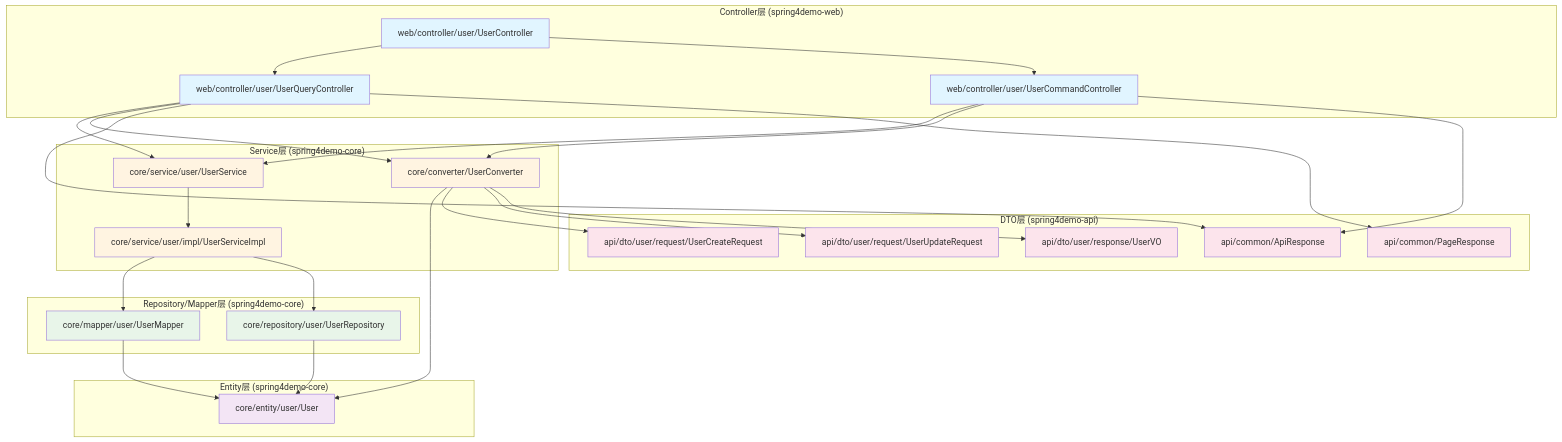
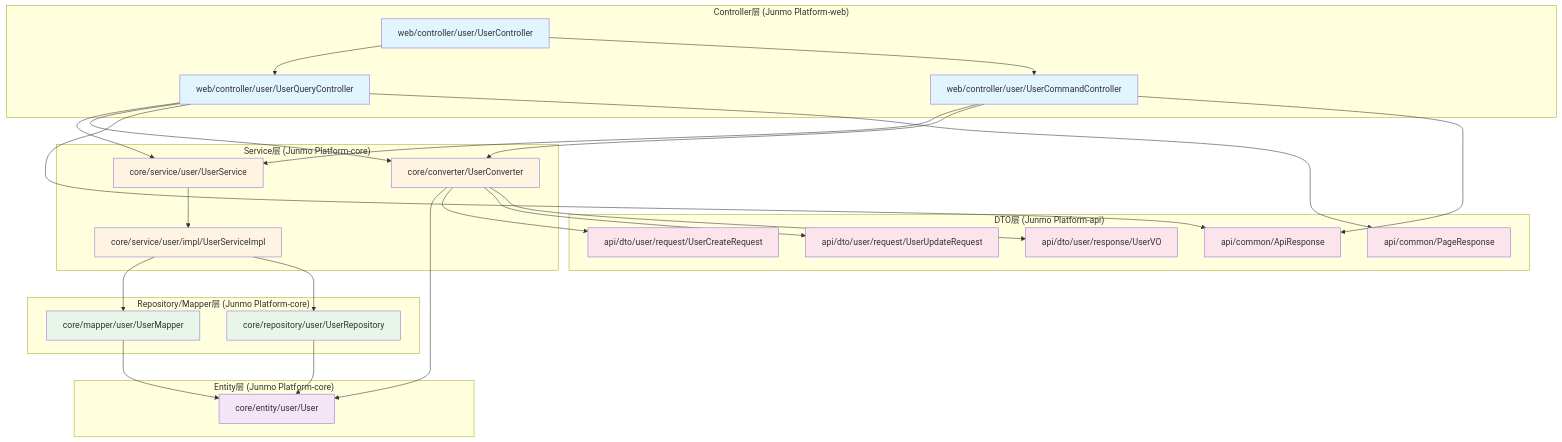
Before and after one commit to ylzyd12345/springboot-study: the first of 3 diagrams in docs/07-分析报告/THREE_LAYER_ARCHITECTURE_ANALYSIS.md, drawn with Mermaid. The commit also changed other lines of this file and 63 other files, not shown here.

Commit message:
spring4demo

````diff
--- a/docs/07-分析报告/THREE_LAYER_ARCHITECTURE_ANALYSIS.md
+++ b/docs/07-分析报告/THREE_LAYER_ARCHITECTURE_ANALYSIS.md
@@ -1285,65 +1285,65 @@
 ```mermaid
 graph TB
-    subgraph "Controller层 (spring4demo-web)"
+    subgraph "Controller层 (Junmo Platform-web)"
         A1[web/controller/user/UserController]
         A2[web/controller/user/UserQueryController]
         A3[web/controller/user/UserCommandController]
     end
 
-    subgraph "Service层 (spring4demo-core)"
+    subgraph "Service层 (Junmo Platform-core)"
         B1[core/service/user/UserService]
         B2[core/service/user/impl/UserServiceImpl]
         B3[core/converter/UserConverter]
     end
 
-    subgraph "Repository/Mapper层 (spring4demo-core)"
+    subgraph "Repository/Mapper层 (Junmo Platform-core)"
         C1[core/mapper/user/UserMapper]
         C2[core/repository/user/UserRepository]
     end
 
-    subgraph "Entity层 (spring4demo-core)"
+    subgraph "Entity层 (Junmo Platform-core)"
         D1[core/entity/user/User]
     end
 
-    subgraph "DTO层 (spring4demo-api)"
+    subgraph "DTO层 (Junmo Platform-api)"
         E1[api/dto/user/request/UserCreateRequest]
         E2[api/dto/user/request/UserUpdateRequest]
         E3[api/dto/user/response/UserVO]
         E4[api/common/ApiResponse]
         E5[api/common/PageResponse]
     end
 
     A1 --> A2
     A1 --> A3
     A2 --> B1
     A3 --> B1
     A2 --> B3
     A3 --> B3
     B1 --> B2
     B2 --> C1
     B2 --> C2
     C1 --> D1
     C2 --> D1
     B3 --> D1
     B3 --> E1
     B3 --> E2
     B3 --> E3
     A2 --> E4
     A2 --> E5
     A3 --> E4
 
     style A1 fill:#e1f5ff
     style A2 fill:#e1f5ff
     style A3 fill:#e1f5ff
     style B1 fill:#fff4e1
     style B2 fill:#fff4e1
     style B3 fill:#fff4e1
     style C1 fill:#e8f5e9
     style C2 fill:#e8f5e9
     style D1 fill:#f3e5f5
     style E1 fill:#fce4ec
     style E2 fill:#fce4ec
     style E3 fill:#fce4ec
     style E4 fill:#fce4ec
     style E5 fill:#fce4ec
 ```
````
